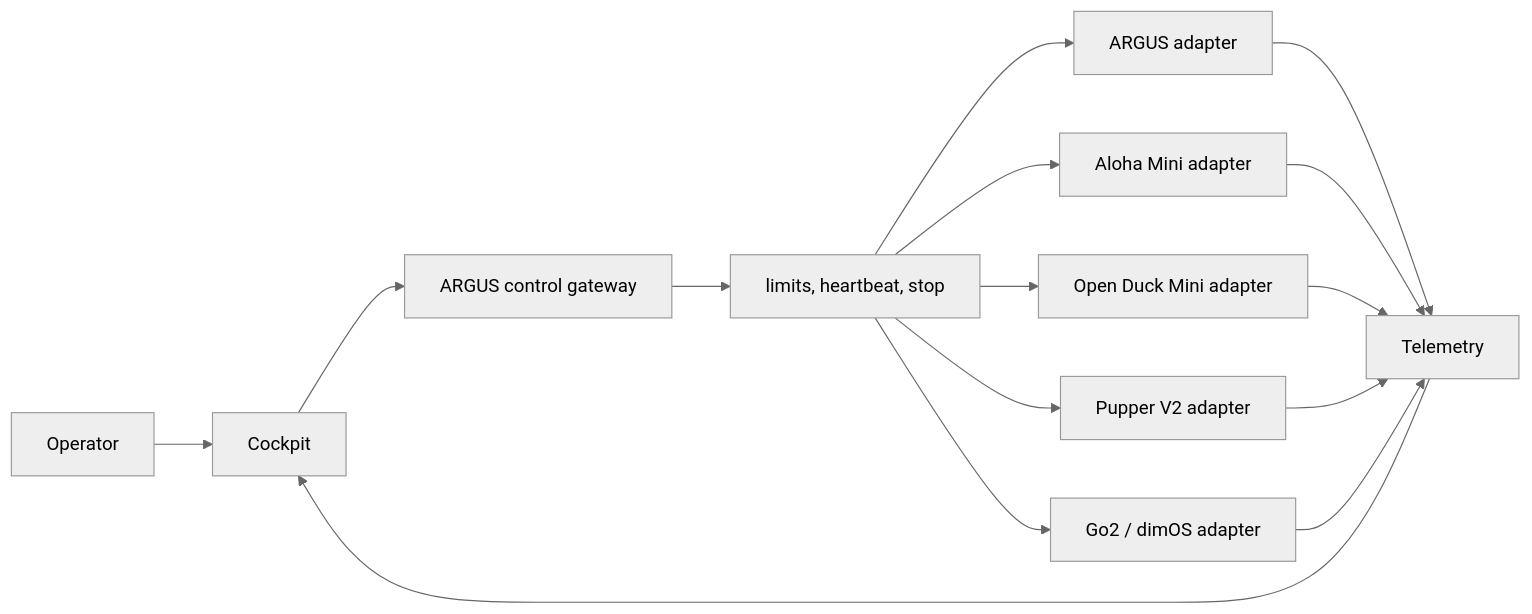
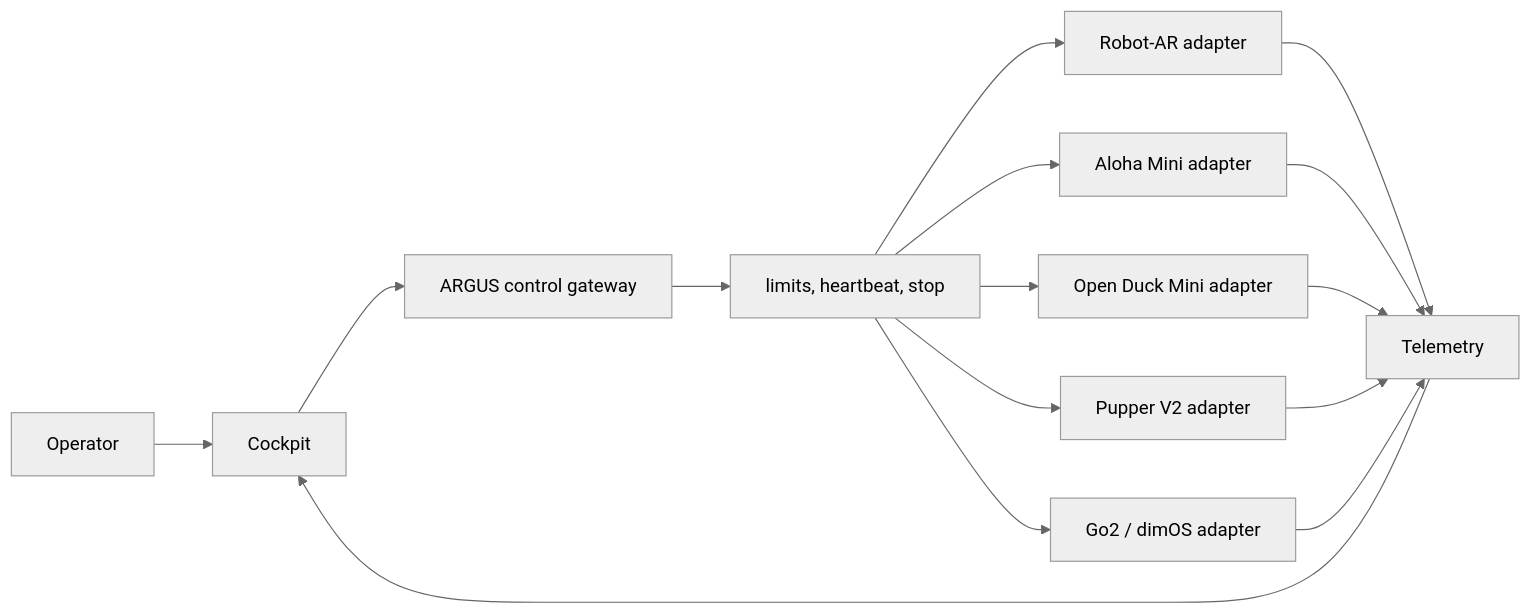
Before and after one commit to Kelvinchan324/ARGUS-collaboration: the diagram in docs/architecture/overview.md, drawn with Mermaid (neutral theme). The commit also changed 11 other files, not shown here.

Commit message:
Rename Robot-AR and add adapter images

````diff
--- a/docs/architecture/overview.md
+++ b/docs/architecture/overview.md
@@ -7,13 +7,13 @@
 ```mermaid
 flowchart LR
     Operator --> Cockpit
     Cockpit --> Gateway[ARGUS control gateway]
     Gateway --> Safety[limits, heartbeat, stop]
-    Safety --> A[ARGUS adapter]
+    Safety --> A[Robot-AR adapter]
     Safety --> B[Aloha Mini adapter]
     Safety --> C[Open Duck Mini adapter]
     Safety --> D[Pupper V2 adapter]
     Safety --> E[Go2 / dimOS adapter]
     A & B & C & D & E --> Telemetry
     Telemetry --> Cockpit
 ```
````
